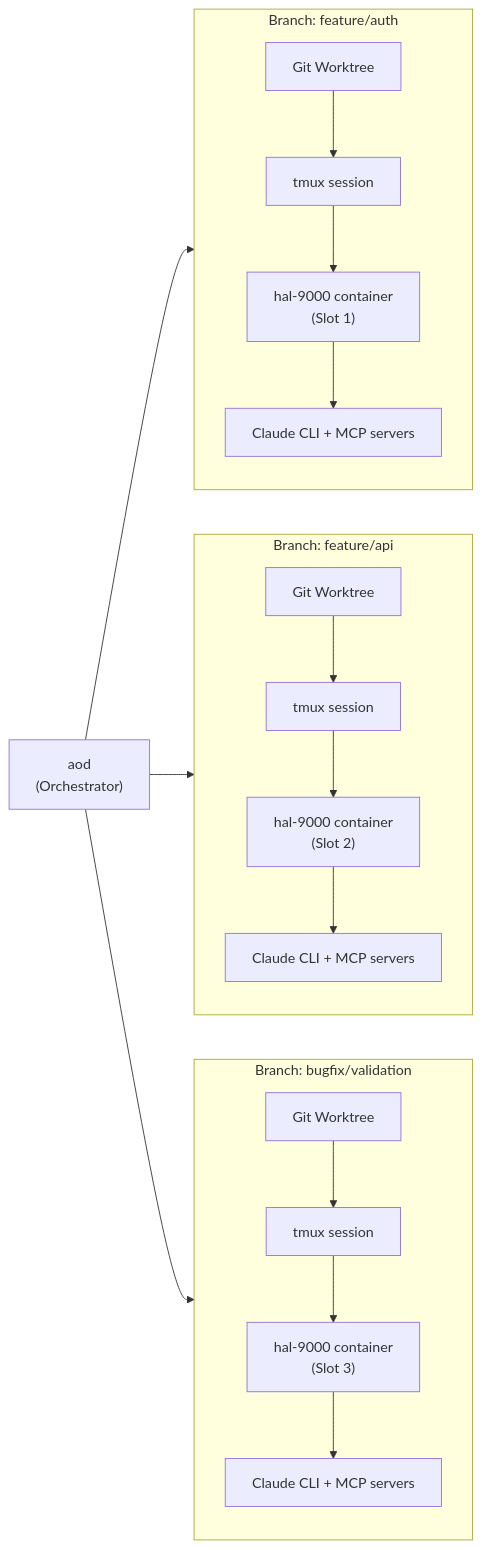
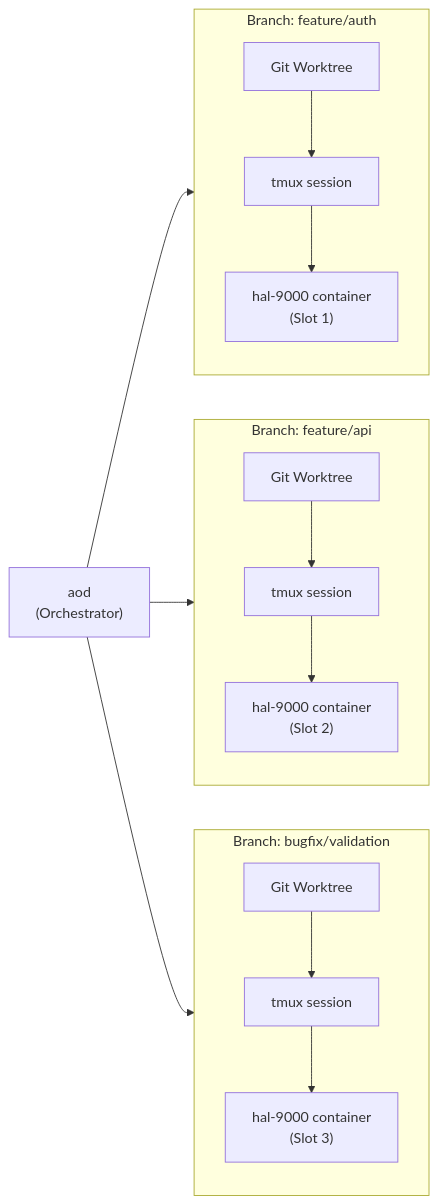
The first of 2 diagrams in plugins/hal-9000/aod/README.md (Hellblazer/hal-9000), drawn with Mermaid before and after one commit. The commit also changed other lines of this file, not shown here.

Commit message:
docs: Remove MCP server references from aod documentation

````diff
--- a/plugins/hal-9000/aod/README.md
+++ b/plugins/hal-9000/aod/README.md
@@ -15,23 +13,20 @@
 ```mermaid
 graph LR
     AOD["aod<br/>(Orchestrator)"]
 
     subgraph B1["Branch: feature/auth"]
         WT1["Git Worktree"] --> TM1["tmux session"] --> C1["hal-9000 container<br/>(Slot 1)"]
-        C1 --> MCP1["Claude CLI + MCP servers"]
     end
 
     subgraph B2["Branch: feature/api"]
         WT2["Git Worktree"] --> TM2["tmux session"] --> C2["hal-9000 container<br/>(Slot 2)"]
-        C2 --> MCP2["Claude CLI + MCP servers"]
     end
 
     subgraph B3["Branch: bugfix/validation"]
         WT3["Git Worktree"] --> TM3["tmux session"] --> C3["hal-9000 container<br/>(Slot 3)"]
-        C3 --> MCP3["Claude CLI + MCP servers"]
     end
 
     AOD --> B1
     AOD --> B2
     AOD --> B3
 ```
````
